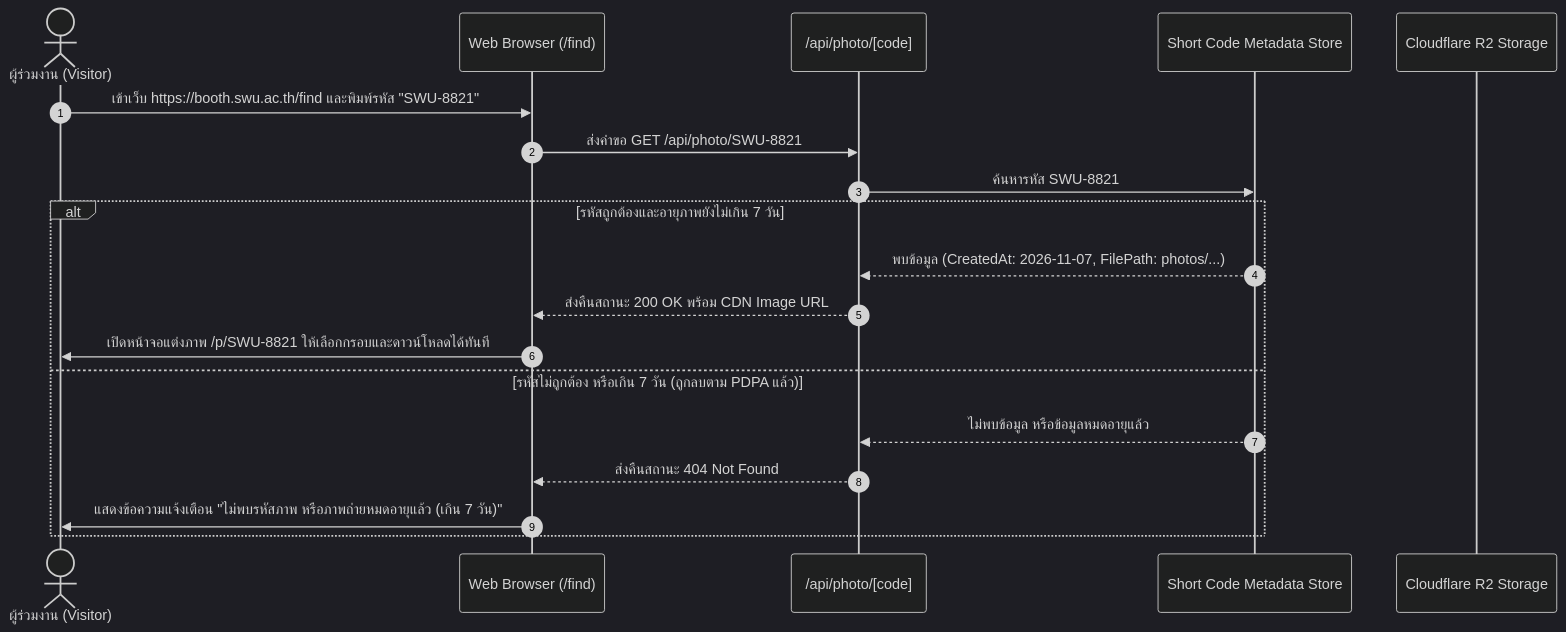
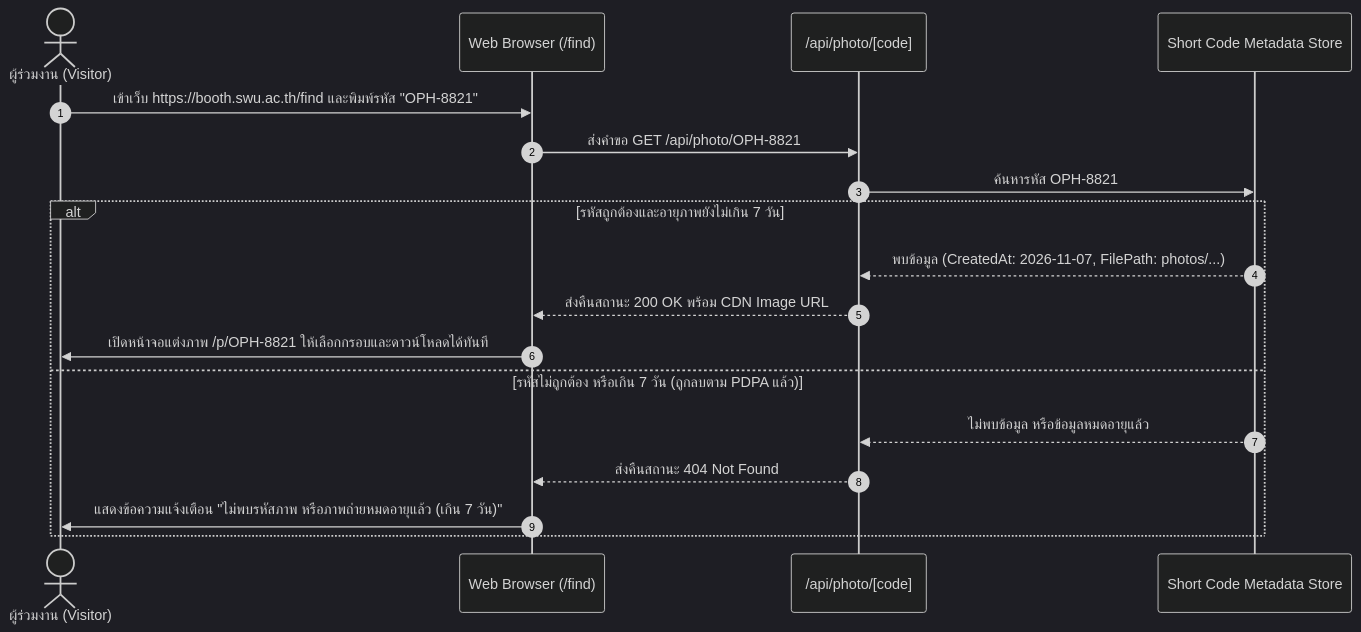
Before and after one commit to icelandz9/swu-openhouse: diagram 13 of 13 in ducument-sathit/task01/system-architecture-and-sequence-flow.md, drawn with Mermaid (dark theme). The commit also changed other lines of this file and 7 other files, not shown here.

Commit message:
docs: update OPH prefix, clean kiosk QR, staff QR re-issue, and add concept diagrams to README

````diff
--- a/ducument-sathit/task01/system-architecture-and-sequence-flow.md
+++ b/ducument-sathit/task01/system-architecture-and-sequence-flow.md
@@ -430,23 +476,22 @@
 ```mermaid
 sequenceDiagram
     autonumber
     actor Visitor as ผู้ร่วมงาน (Visitor)
     participant Web as Web Browser (/find)
     participant API as /api/photo/[code]
     participant KV as Short Code Metadata Store
-    participant R2 as Cloudflare R2 Storage
 
-    Visitor->>Web: เข้าเว็บ https://booth.swu.ac.th/find และพิมพ์รหัส "SWU-8821"
-    Web->>API: ส่งคำขอ GET /api/photo/SWU-8821
-    API->>KV: ค้นหารหัส SWU-8821
+    Visitor->>Web: เข้าเว็บ https://booth.swu.ac.th/find และพิมพ์รหัส "OPH-8821"
+    Web->>API: ส่งคำขอ GET /api/photo/OPH-8821
+    API->>KV: ค้นหารหัส OPH-8821
 
     alt รหัสถูกต้องและอายุภาพยังไม่เกิน 7 วัน
         KV-->>API: พบข้อมูล (CreatedAt: 2026-11-07, FilePath: photos/...)
         API-->>Web: ส่งคืนสถานะ 200 OK พร้อม CDN Image URL
-        Web->>Visitor: เปิดหน้าจอแต่งภาพ /p/SWU-8821 ให้เลือกกรอบและดาวน์โหลดได้ทันที
+        Web->>Visitor: เปิดหน้าจอแต่งภาพ /p/OPH-8821 ให้เลือกกรอบและดาวน์โหลดได้ทันที
     else รหัสไม่ถูกต้อง หรือเกิน 7 วัน (ถูกลบตาม PDPA แล้ว)
         KV-->>API: ไม่พบข้อมูล หรือข้อมูลหมดอายุแล้ว
         API-->>Web: ส่งคืนสถานะ 404 Not Found
         Web->>Visitor: แสดงข้อความแจ้งเตือน "ไม่พบรหัสภาพ หรือภาพถ่ายหมดอายุแล้ว (เกิน 7 วัน)"
     end
 ```
````
